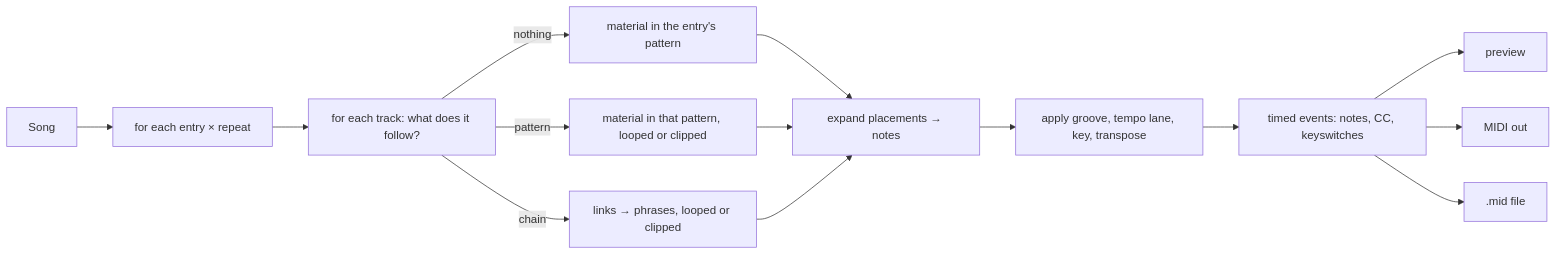
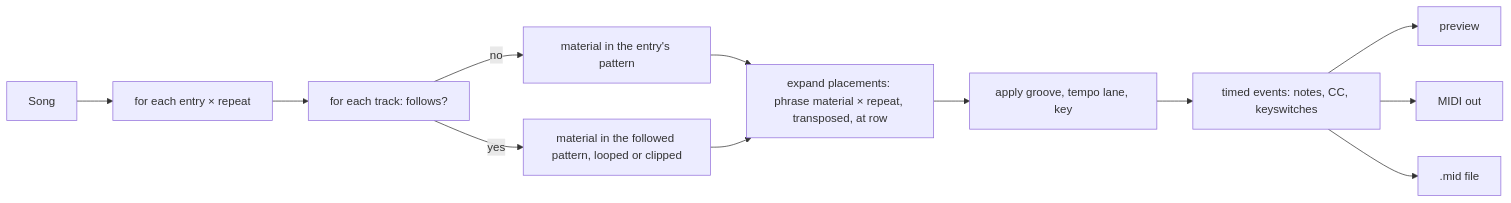
The fifth of 6 diagrams in docs/domain.md (ajturner/tutti-music), drawn with Mermaid before and after one commit. The commit also changed other lines of this file, not shown here.

Commit message:
Domain model: drop chains, one Material shape, placements repeat, self-consistent example file

````diff
--- a/docs/domain.md
+++ b/docs/domain.md
@@ -265,16 +267,14 @@
 ```mermaid
 flowchart LR
   S[Song] --> E[for each entry × repeat]
-  E --> T[for each track: what does it follow?]
-  T -->|nothing| M[material in the entry's pattern]
-  T -->|pattern| M2[material in that pattern, looped or clipped]
-  T -->|chain| L[links → phrases, looped or clipped]
-  M --> X[expand placements → notes]
+  E --> T[for each track: follows?]
+  T -->|no| M[material in the entry's pattern]
+  T -->|yes| M2[material in the followed pattern, looped or clipped]
+  M --> X[expand placements: phrase material × repeat, transposed, at row]
   M2 --> X
-  L --> X
-  X --> G[apply groove, tempo lane, key, transpose]
+  X --> G[apply groove, tempo lane, key]
   G --> R[timed events: notes, CC, keyswitches]
   R --> P1[preview]
   R --> P2[MIDI out]
   R --> P3[.mid file]
 ```
````
